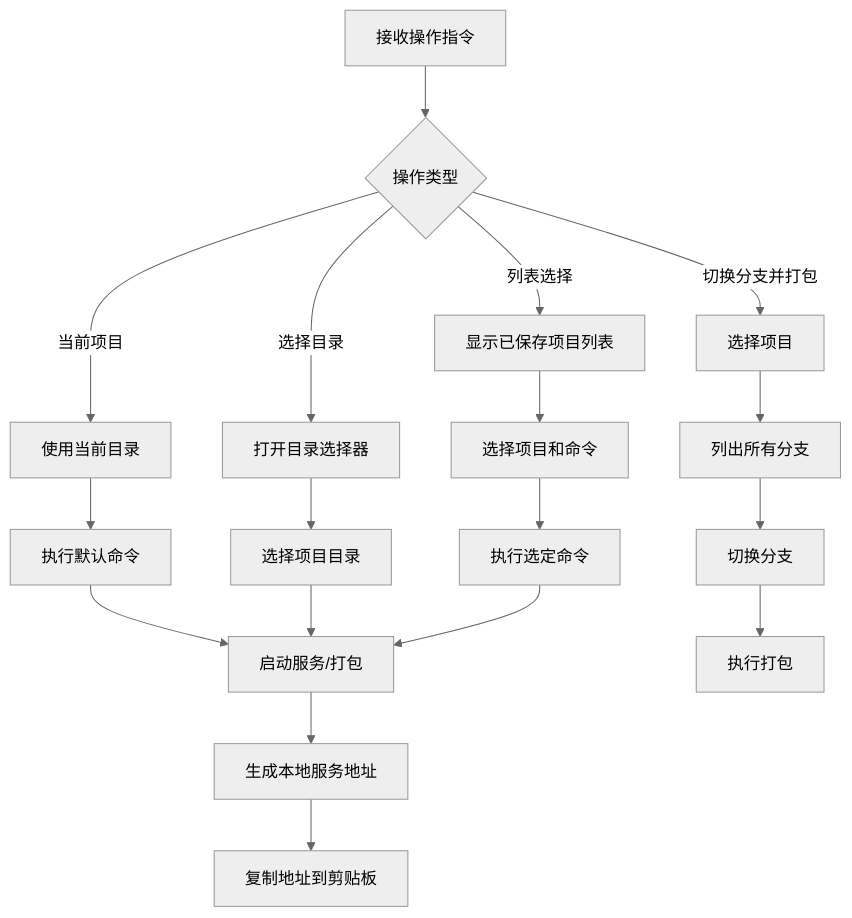
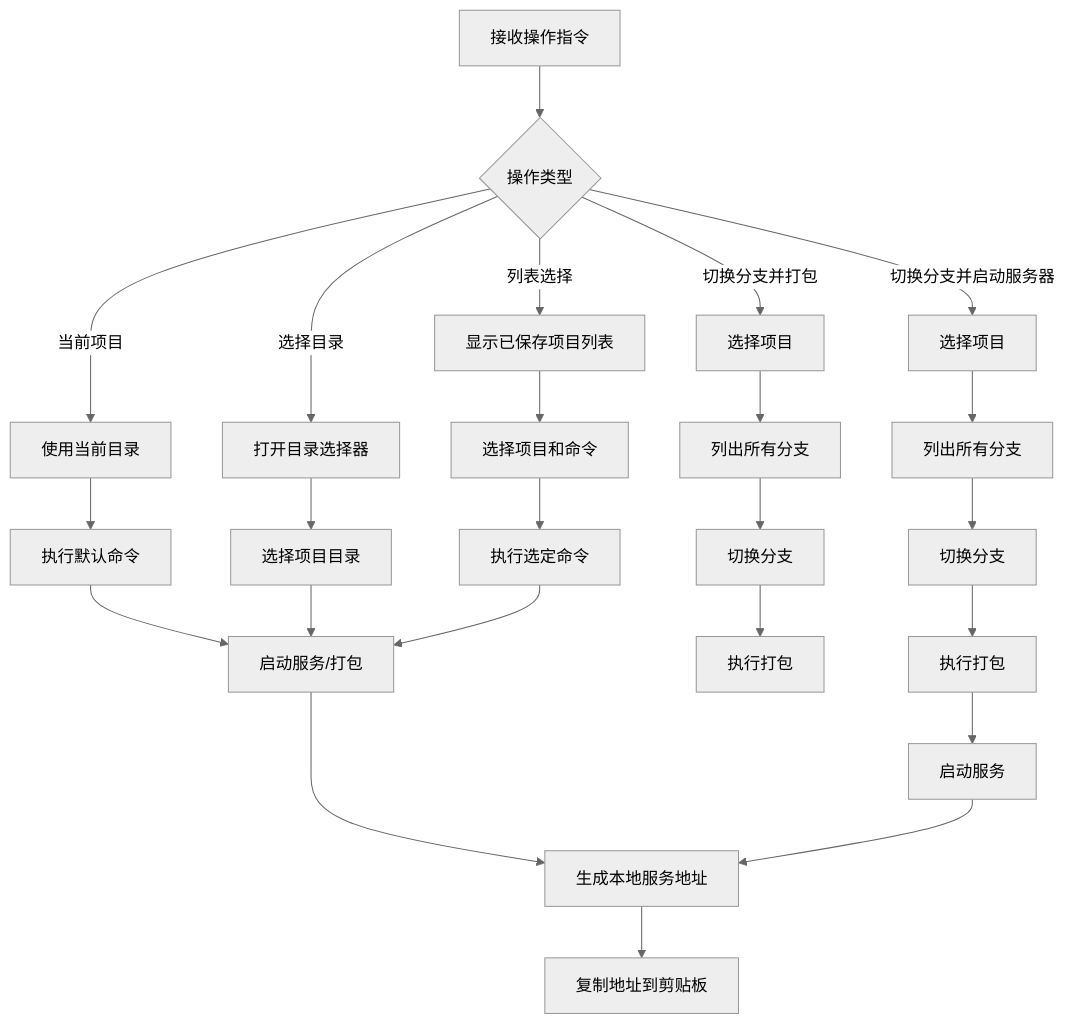
One commit to linzb93/cli-tools changed the diagram in packages/server/src/core/vue/Readme.md. Above: the diagram before and after it, drawn with Mermaid (neutral theme). The commit also changed other lines of this file and 4 other files, not shown here.

````diff
--- a/packages/server/src/core/vue/Readme.md
+++ b/packages/server/src/core/vue/Readme.md
@@ -9,20 +9,26 @@
 ```mermaid
 graph TD
     A[接收操作指令] --> B{操作类型}
     B -->|列表选择| C[显示已保存项目列表]
     B -->|当前项目| D[使用当前目录]
     B -->|选择目录| E[打开目录选择器]
     C --> F[选择项目和命令]
     D --> G[执行默认命令]
     E --> H[选择项目目录]
     F --> I[执行选定命令]
     G --> J[启动服务/打包]
     H --> J
     I --> J
     J --> K[生成本地服务地址]
     K --> L[复制地址到剪贴板]
     B -->|切换分支并打包| M[选择项目]
     M --> N[列出所有分支]
     N --> O[切换分支]
     O --> P[执行打包]
+    B -->|切换分支并启动服务器| Q[选择项目]
+    Q --> R[列出所有分支]
+    R --> S[切换分支]
+    S --> T[执行打包]
+    T --> U[启动服务]
+    U --> K
 ```
````
